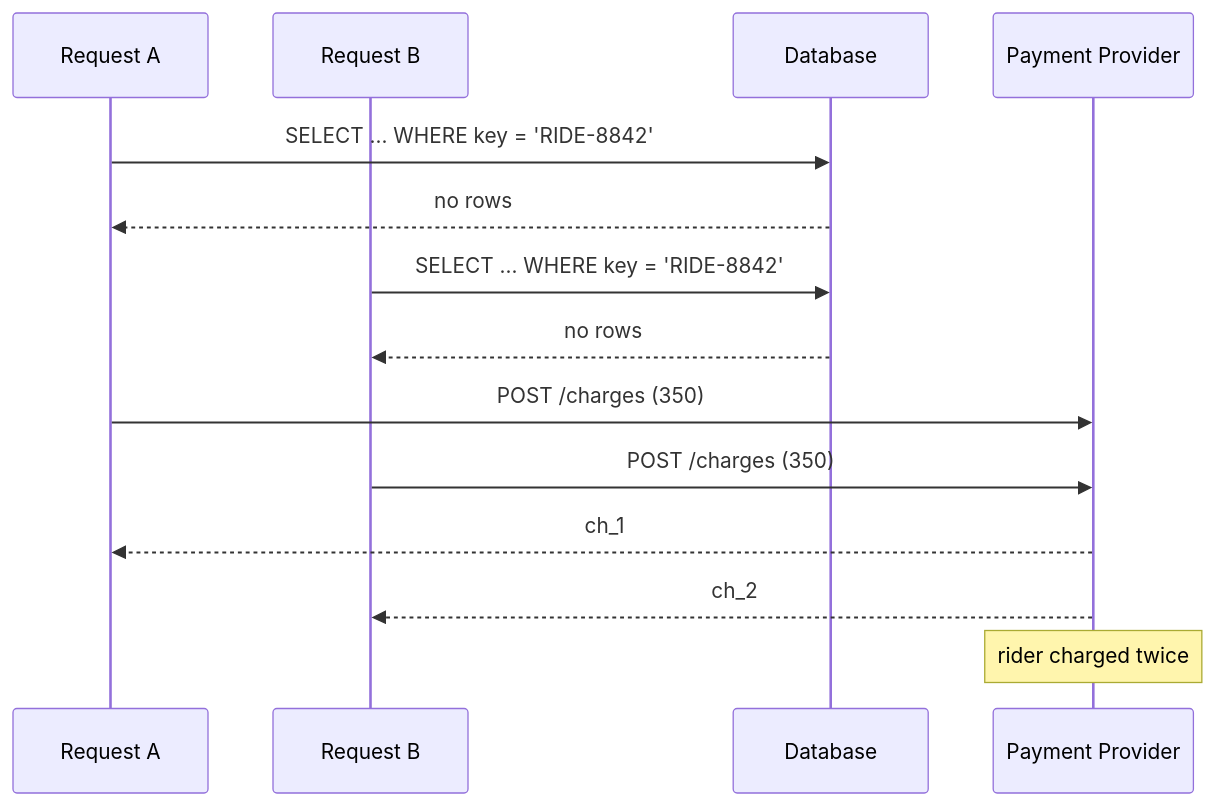
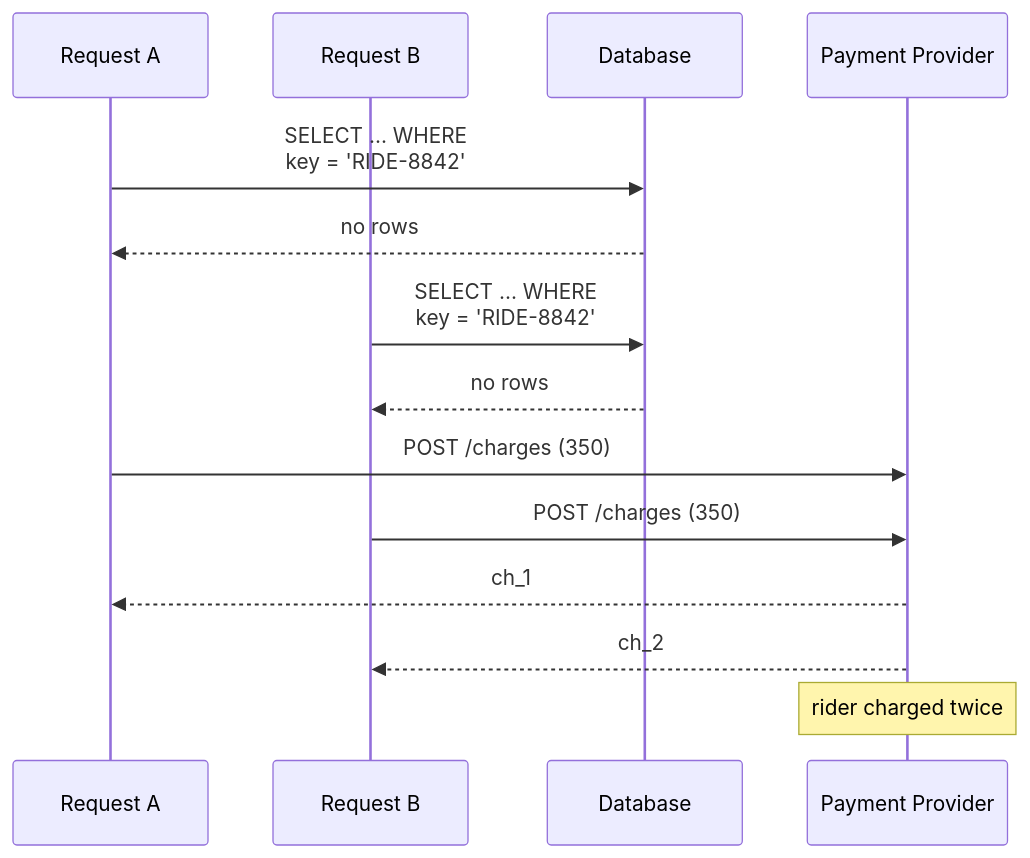
One commit to haraGADygyl/medium-python-articles changed the diagram in markdown/system-design-interview/assets/000/01-race.mmd. Above: the diagram before and after it, drawn with Mermaid. The commit also changed 69 other files, not shown here.

First line of the commit message:
feat: backfill system-design-interview 000-009 diagrams in the house style

```diff
--- a/markdown/system-design-interview/assets/000/01-race.mmd
+++ b/markdown/system-design-interview/assets/000/01-race.mmd
@@ -1,14 +1,14 @@
 sequenceDiagram
     participant A as Request A
     participant B as Request B
     participant DB as Database
     participant P as Payment Provider
-    A->>DB: SELECT ... WHERE key = 'RIDE-8842'
+    A->>DB: SELECT ... WHERE<br/>key = 'RIDE-8842'
     DB-->>A: no rows
-    B->>DB: SELECT ... WHERE key = 'RIDE-8842'
+    B->>DB: SELECT ... WHERE<br/>key = 'RIDE-8842'
     DB-->>B: no rows
     A->>P: POST /charges  (350)
     B->>P: POST /charges  (350)
     P-->>A: ch_1
     P-->>B: ch_2
     Note over P: rider charged twice
```
